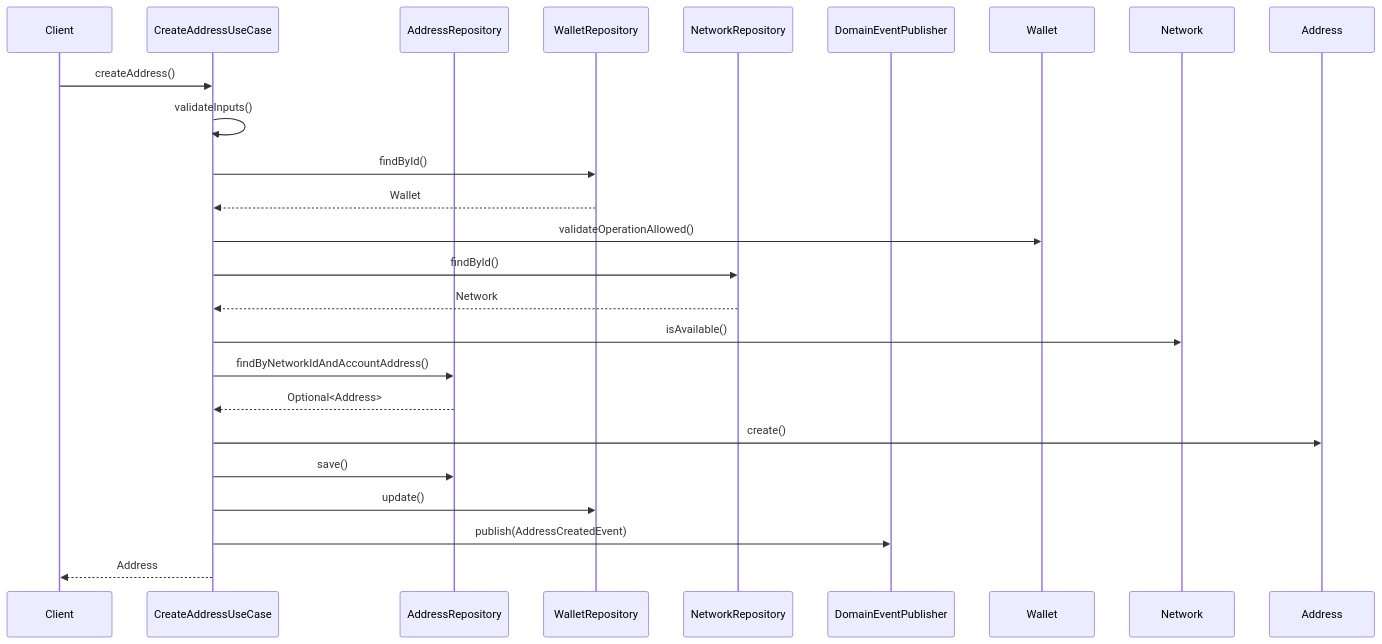
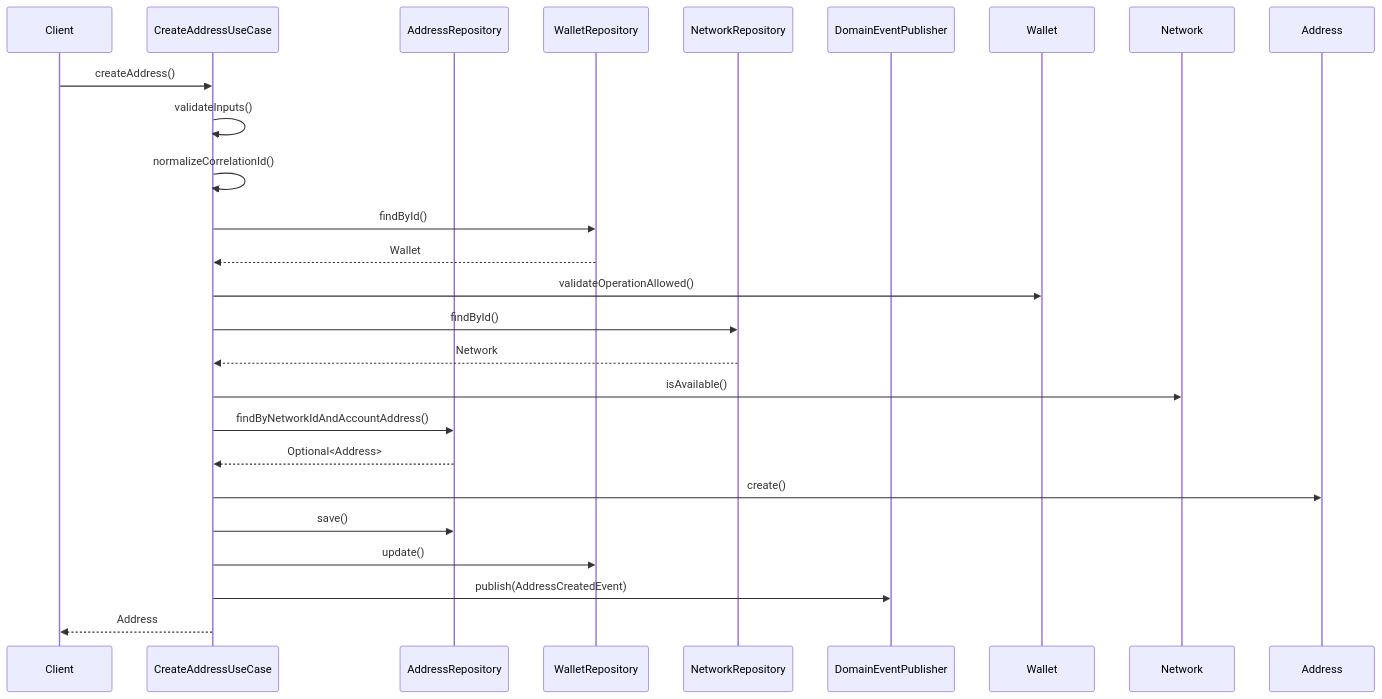
One commit to italoag/wallet changed the second of 7 diagrams in .qoder/repowiki/en/content/Address Management.md. Above: the diagram before and after it, drawn with Mermaid. The commit also changed other lines of this file and 10 other files, not shown here.

````diff
--- a/.qoder/repowiki/en/content/Address Management.md
+++ b/.qoder/repowiki/en/content/Address Management.md
@@ -125,24 +136,25 @@
 ```mermaid
 sequenceDiagram
 participant Client
 participant UseCase as CreateAddressUseCase
 participant Repository as AddressRepository
 participant WalletRepo as WalletRepository
 participant NetworkRepo as NetworkRepository
 participant EventPublisher as DomainEventPublisher
 Client->>UseCase : createAddress()
 UseCase->>UseCase : validateInputs()
+UseCase->>UseCase : normalizeCorrelationId()
 UseCase->>WalletRepo : findById()
 WalletRepo-->>UseCase : Wallet
 UseCase->>Wallet : validateOperationAllowed()
 UseCase->>NetworkRepo : findById()
 NetworkRepo-->>UseCase : Network
 UseCase->>Network : isAvailable()
 UseCase->>Repository : findByNetworkIdAndAccountAddress()
 Repository-->>UseCase : Optional<Address>
 UseCase->>Address : create()
 UseCase->>Repository : save()
 UseCase->>WalletRepo : update()
 UseCase->>EventPublisher : publish(AddressCreatedEvent)
 UseCase-->>Client : Address
 ```
````
